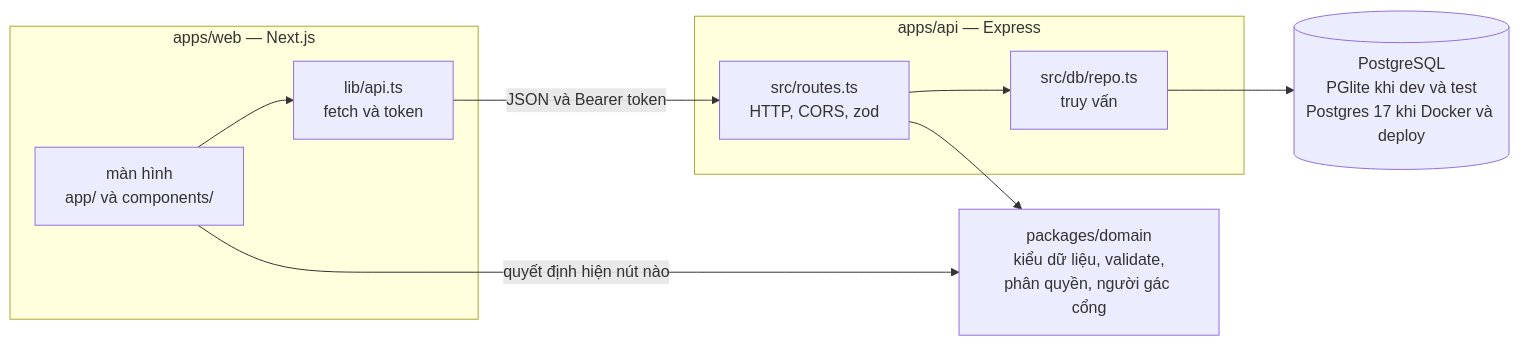
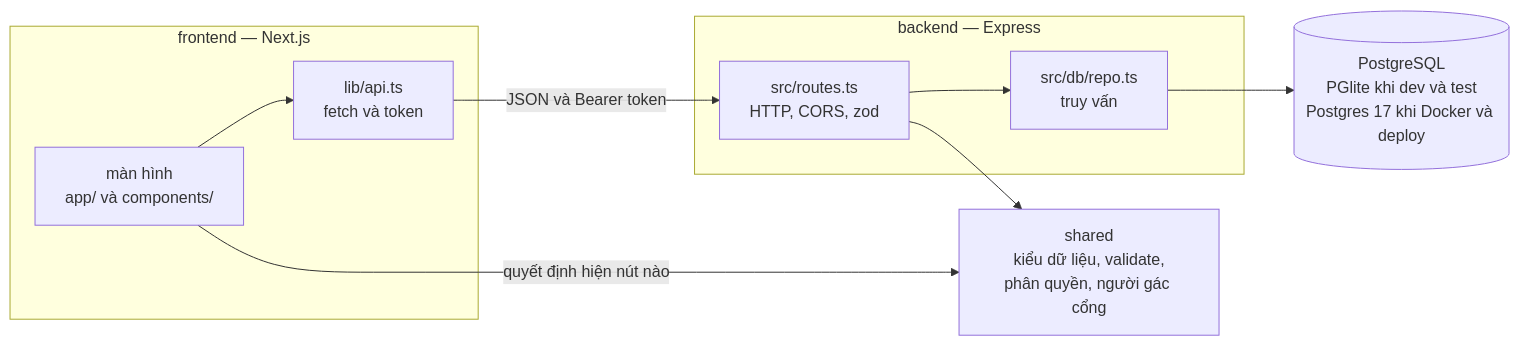
The fifth of 5 diagrams in docs/architecture.md (Ntpminzu/GomNang), drawn with Mermaid before and after one commit. The commit also changed other lines of this file and 99 other files, not shown here.

First line of the commit message:
refactor: đổi apps/api → backend, apps/web → frontend, packages/domain → shared

````diff
--- a/docs/architecture.md
+++ b/docs/architecture.md
@@ -217,20 +217,20 @@
 ```mermaid
 flowchart LR
-    subgraph WEB["apps/web — Next.js"]
+    subgraph WEB["frontend — Next.js"]
         PAGES["màn hình<br/>app/ và components/"]
         CLIENT["lib/api.ts<br/>fetch và token"]
     end
-    subgraph API["apps/api — Express"]
+    subgraph API["backend — Express"]
         ROUTES["src/routes.ts<br/>HTTP, CORS, zod"]
         REPO["src/db/repo.ts<br/>truy vấn"]
     end
-    DOMAIN["packages/domain<br/>kiểu dữ liệu, validate,<br/>phân quyền, người gác cổng"]
+    DOMAIN["shared<br/>kiểu dữ liệu, validate,<br/>phân quyền, người gác cổng"]
     DB[("PostgreSQL<br/>PGlite khi dev và test<br/>Postgres 17 khi Docker và deploy")]
 
     PAGES --> CLIENT
     PAGES -->|"quyết định hiện nút nào"| DOMAIN
     CLIENT -->|"JSON và Bearer token"| ROUTES
     ROUTES --> DOMAIN
     ROUTES --> REPO
     REPO --> DB
 ```
````
